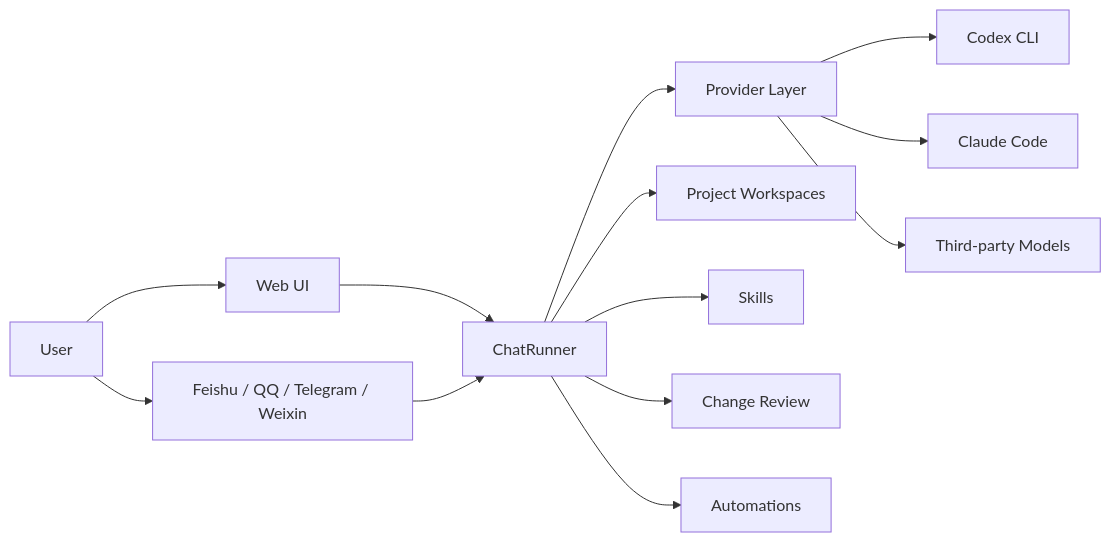
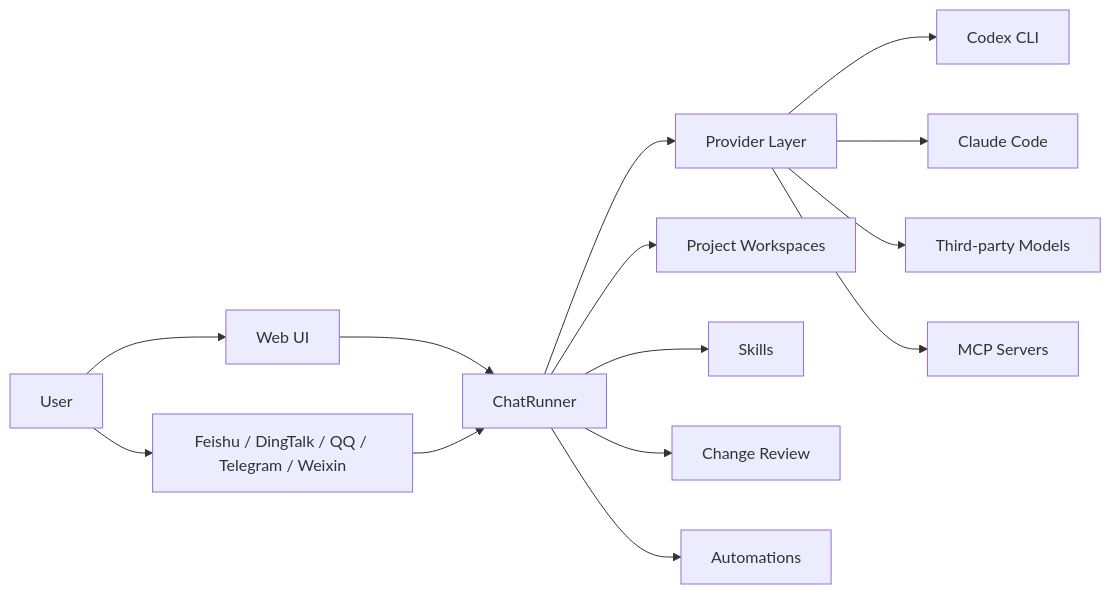
Before and after one commit to 1935417243/AnyBot: the diagram in README_EN.md, drawn with Mermaid. The commit also changed other lines of this file and 4 other files, not shown here.

````diff
--- a/README_EN.md
+++ b/README_EN.md
@@ -54,15 +55,16 @@
 ```mermaid
 flowchart LR
     User[User] --> WebUI[Web UI]
-    User --> Channels[Feishu / QQ / Telegram / Weixin]
+    User --> Channels[Feishu / DingTalk / QQ / Telegram / Weixin]
     WebUI --> Runner[ChatRunner]
     Channels --> Runner
     Runner --> Providers[Provider Layer]
     Providers --> Codex[Codex CLI]
     Providers --> Claude[Claude Code]
     Providers --> ThirdParty[Third-party Models]
+    Providers --> MCP[MCP Servers]
     Runner --> Workspace[Project Workspaces]
     Runner --> Skills[Skills]
     Runner --> Review[Change Review]
     Runner --> Automation[Automations]
 ```
````
